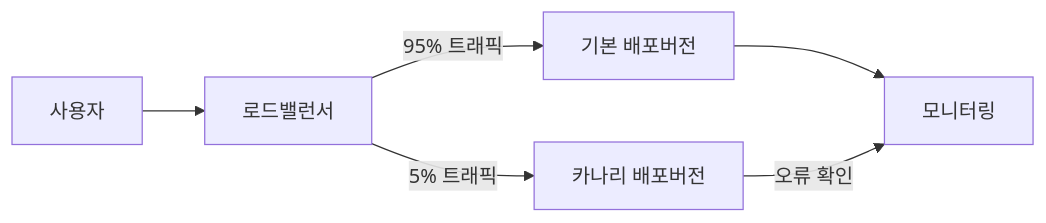
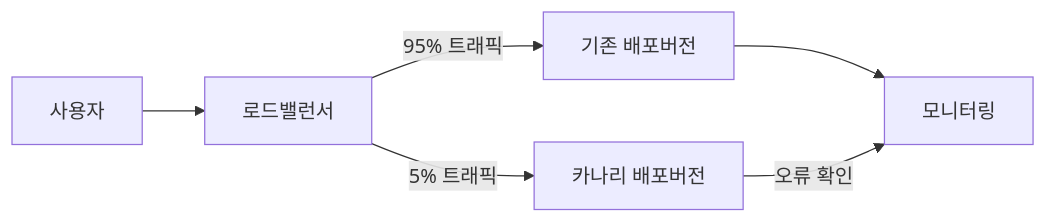
Before and after one commit to gracefullight/gracefullight.github.io: the diagram in blog/pe/sw/canary-test.md, drawn with Mermaid.

Commit message:
docs(pe): 📚️ canary

````diff
--- a/blog/pe/sw/canary-test.md
+++ b/blog/pe/sw/canary-test.md
@@ -19,10 +19,10 @@
 ```mermaid
 graph LR
   U[사용자] --> LB[로드밸런서]
 
-  LB -->|95% 트래픽| OLD[기본 배포버전]
+  LB -->|95% 트래픽| OLD[기존 배포버전]
   LB -->|5% 트래픽| NEW[카나리 배포버전]
 
   OLD --> 모니터링
   NEW -->|오류 확인| 모니터링
 ```
````
